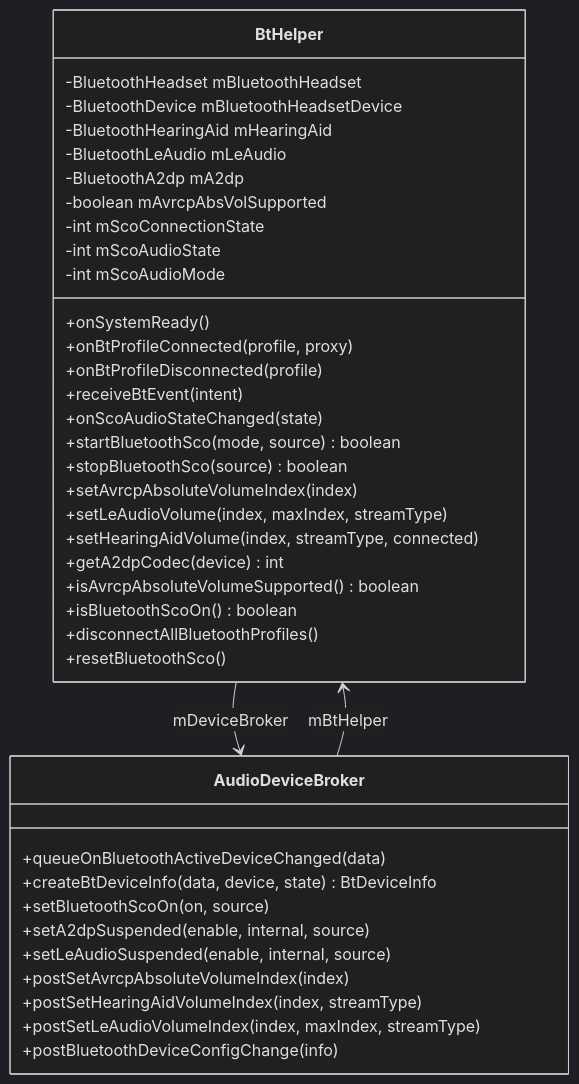
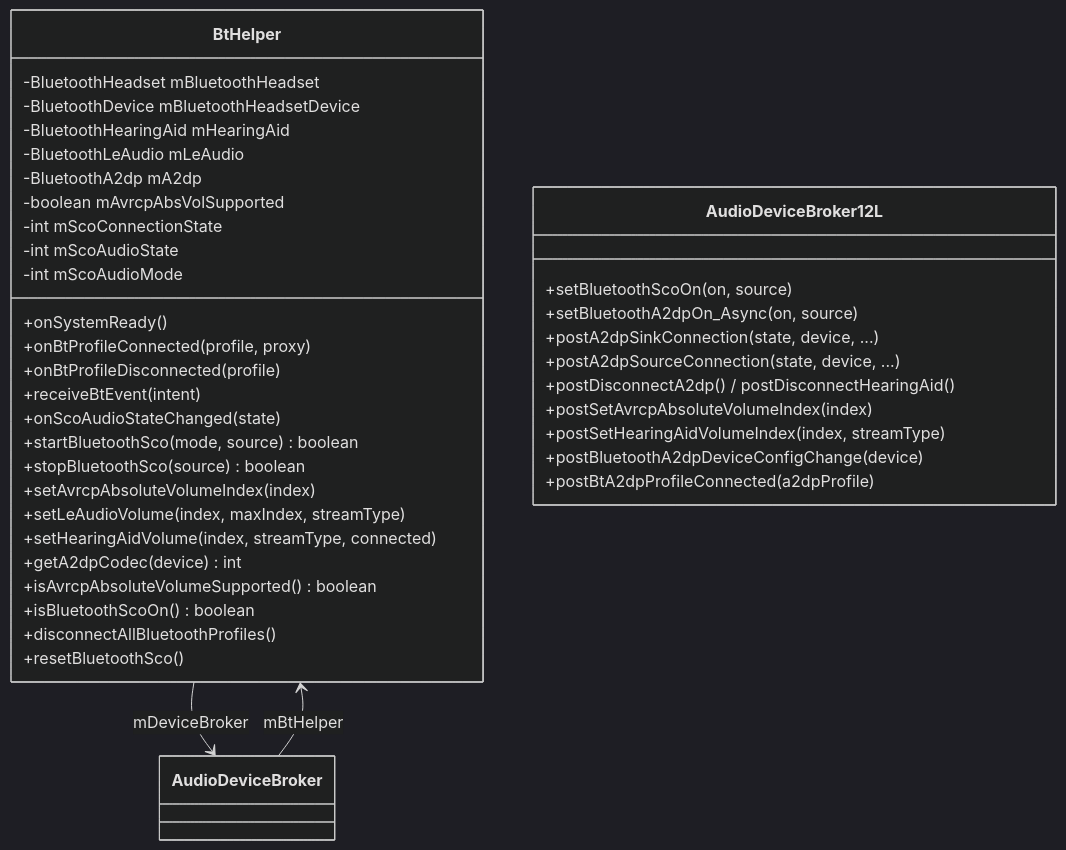
One commit to yanglinzhen1022/SA8295_AAOS_QNX_Audio_KnowledgeBase changed the second of 5 diagrams in 14_Bluetooth_Audio/14_14.1_蓝牙音频协议总览.md. Above: the diagram before and after it, drawn with Mermaid (dark theme). The commit also changed other lines of this file and 11 other files, not shown here.

````diff
--- a/14_Bluetooth_Audio/14_14.1_蓝牙音频协议总览.md
+++ b/14_Bluetooth_Audio/14_14.1_蓝牙音频协议总览.md
@@ -82,44 +80,44 @@
 ```mermaid
 classDiagram
     class BtHelper {
         -BluetoothHeadset mBluetoothHeadset
         -BluetoothDevice mBluetoothHeadsetDevice
         -BluetoothHearingAid mHearingAid
         -BluetoothLeAudio mLeAudio
         -BluetoothA2dp mA2dp
         -boolean mAvrcpAbsVolSupported
         -int mScoConnectionState
         -int mScoAudioState
         -int mScoAudioMode
         +onSystemReady()
         +onBtProfileConnected(profile, proxy)
         +onBtProfileDisconnected(profile)
         +receiveBtEvent(intent)
         +onScoAudioStateChanged(state)
         +startBluetoothSco(mode, source) boolean
         +stopBluetoothSco(source) boolean
         +setAvrcpAbsoluteVolumeIndex(index)
         +setLeAudioVolume(index, maxIndex, streamType)
         +setHearingAidVolume(index, streamType, connected)
         +getA2dpCodec(device) int
         +isAvrcpAbsoluteVolumeSupported() boolean
         +isBluetoothScoOn() boolean
         +disconnectAllBluetoothProfiles()
         +resetBluetoothSco()
     }
 
-    class AudioDeviceBroker {
-        +queueOnBluetoothActiveDeviceChanged(data)
-        +createBtDeviceInfo(data, device, state) BtDeviceInfo
+    class AudioDeviceBroker12L {
         +setBluetoothScoOn(on, source)
-        +setA2dpSuspended(enable, internal, source)
-        +setLeAudioSuspended(enable, internal, source)
+        +setBluetoothA2dpOn_Async(on, source)
+        +postA2dpSinkConnection(state, device, ...)
+        +postA2dpSourceConnection(state, device, ...)
+        +postDisconnectA2dp() / postDisconnectHearingAid()
         +postSetAvrcpAbsoluteVolumeIndex(index)
         +postSetHearingAidVolumeIndex(index, streamType)
-        +postSetLeAudioVolumeIndex(index, maxIndex, streamType)
-        +postBluetoothDeviceConfigChange(info)
+        +postBluetoothA2dpDeviceConfigChange(device)
+        +postBtA2dpProfileConnected(a2dpProfile)
     }
 
     BtHelper --> AudioDeviceBroker : mDeviceBroker
     AudioDeviceBroker --> BtHelper : mBtHelper
 ```
````
